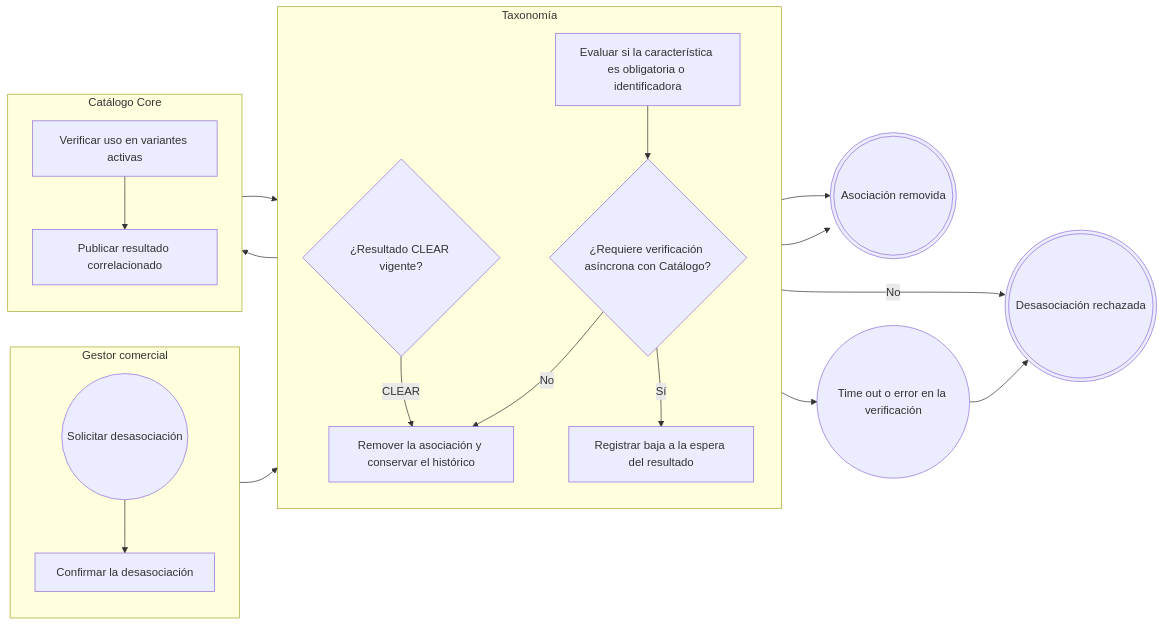
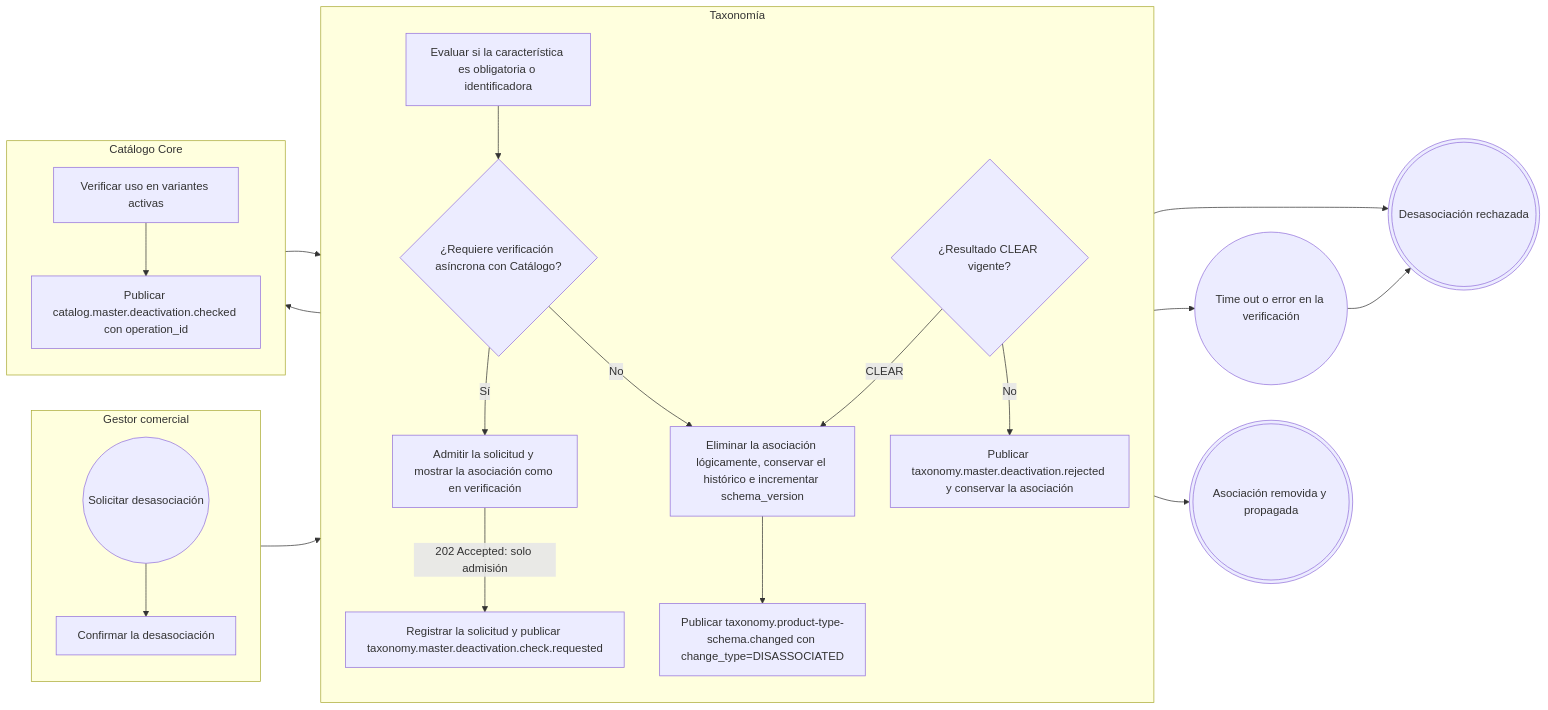
One commit to Taller-SW-Web/G6-Productos-Ofertas-docs changed the fourth of 7 diagrams in flujos/FLOW-010-asociacion-tipo-producto-caracteristica.md. Above: the diagram before and after it, drawn with Mermaid. The commit also changed other lines of this file and 18 other files, not shown here.

````diff
--- a/flujos/FLOW-010-asociacion-tipo-producto-caracteristica.md
+++ b/flujos/FLOW-010-asociacion-tipo-producto-caracteristica.md
@@ -135,42 +139,47 @@
 ```mermaid
 flowchart LR
 
     subgraph GESTOR["Gestor comercial"]
         direction TB
         INICIO((Solicitar desasociación))
         G1["Confirmar la desasociación"]
     end
 
     subgraph TAXONOMIA["Taxonomía"]
         direction TB
         T1["Evaluar si la característica es obligatoria o identificadora"]
         D1{"¿Requiere verificación asíncrona con Catálogo?"}
-        T2["Remover la asociación y conservar el histórico"]
-        T3["Registrar baja a la espera del resultado"]
-        D2{"¿Resultado CLEAR vigente?"}
+        T2["Admitir la solicitud y mostrar la asociación como en verificación"]
+        T3["Registrar la solicitud y publicar taxonomy.master.deactivation.check.requested"]
+        DS1{"¿Resultado CLEAR vigente?"}
+        T4["Eliminar la asociación lógicamente, conservar el histórico e incrementar schema_version"]
+        T5["Publicar taxonomy.master.deactivation.rejected y conservar la asociación"]
+        T6["Publicar taxonomy.product-type-schema.changed con change_type=DISASSOCIATED"]
     end
 
     subgraph CATALOGO["Catálogo Core"]
         direction TB
         C1["Verificar uso en variantes activas"]
-        C2["Publicar resultado correlacionado"]
+        C2["Publicar catalog.master.deactivation.checked con operation_id"]
     end
 
-    FIN_REMOVIDA(((Asociación removida)))
+    FIN_REMOVIDA(((Asociación removida y propagada)))
     FIN_BLOQUEADA(((Desasociación rechazada)))
 
     INICIO --> G1
     G1 --> T1
     T1 --> D1
-    D1 -->|"No"| T2
-    T2 --> FIN_REMOVIDA
-    D1 -->|"Sí"| T3
+    D1 -->|"No"| T4
+    D1 -->|"Sí"| T2
+    T2 -->|"202 Accepted: solo admisión"| T3
     T3 --> C1
     C1 --> C2
-    C2 --> D2
-    D2 -->|"CLEAR"| T2
-    T2 --> FIN_REMOVIDA
-    D2 -->|"No"| FIN_BLOQUEADA
+    C2 --> DS1
+    DS1 -->|"CLEAR"| T4
+    DS1 -->|"No"| T5
+    T5 --> FIN_BLOQUEADA
     T3 --> E1(("Time out o error en la verificación"))
     E1 --> FIN_BLOQUEADA
+    T4 --> T6
+    T6 --> FIN_REMOVIDA
 ```
````
